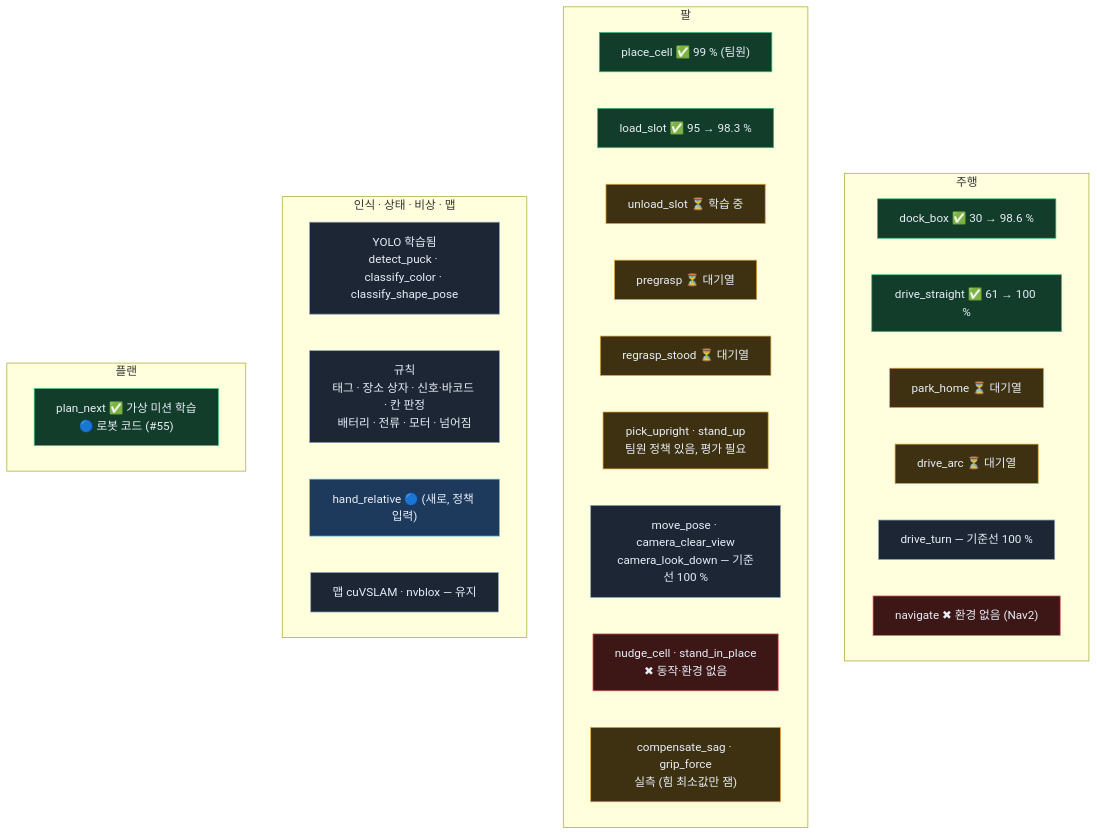
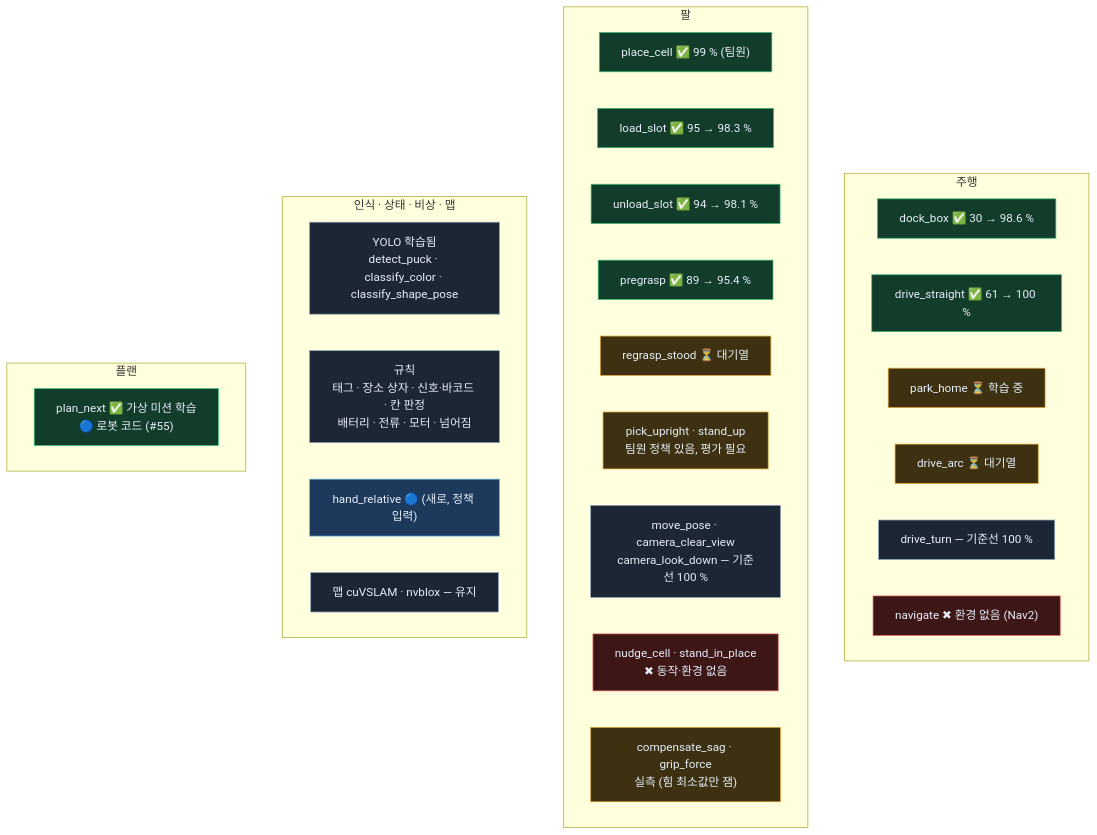
The seventh of 9 diagrams in bee/system-map.md (JuneKunst/JuneKunst.github.io), drawn with Mermaid before and after one commit. The commit also changed other lines of this file and 5 other files, not shown here.

Commit message:
docs: bee 11-03 정리 페이지 · 전체 지도 최신화 (unload·pregrasp 결과 · PR #57 · 처짐 적분 팀원 방식 · stand 이름)

````diff
--- a/bee/system-map.md
+++ b/bee/system-map.md
@@ -280,36 +280,36 @@
 ```mermaid
 flowchart TB
   subgraph g4_DRIVE["주행"]
     g4_d1["dock_box ✅ 30 → 98.6 %"]:::ok
     g4_d2["drive_straight ✅ 61 → 100 %"]:::ok
-    g4_d3["park_home ⏳ 대기열"]:::wip
+    g4_d3["park_home ⏳ 학습 중"]:::wip
     g4_d4["drive_arc ⏳ 대기열"]:::wip
     g4_d5["drive_turn — 기준선 100 %"]:::keep
     g4_d6["navigate ✖ 환경 없음 (Nav2)"]:::no
   end
   subgraph g4_ARM["팔"]
     g4_a1["place_cell ✅ 99 % (팀원)"]:::ok
     g4_a2["load_slot ✅ 95 → 98.3 %"]:::ok
-    g4_a3["unload_slot ⏳ 학습 중"]:::wip
-    g4_a4["pregrasp ⏳ 대기열"]:::wip
+    g4_a3["unload_slot ✅ 94 → 98.1 %"]:::ok
+    g4_a4["pregrasp ✅ 89 → 95.4 %"]:::ok
     g4_a5["regrasp_stood ⏳ 대기열"]:::wip
     g4_a6["pick_upright · stand_up<br/>팀원 정책 있음, 평가 필요"]:::wip
     g4_a7["move_pose · camera_clear_view<br/>camera_look_down — 기준선 100 %"]:::keep
     g4_a8["nudge_cell · stand_in_place<br/>✖ 동작·환경 없음"]:::no
     g4_a9["compensate_sag · grip_force<br/>실측 (힘 최소값만 잼)"]:::wip
   end
   subgraph g4_SENSE["인식 · 상태 · 비상 · 맵"]
     g4_s1["YOLO 학습됨<br/>detect_puck · classify_color · classify_shape_pose"]:::keep
     g4_s2["규칙<br/>태그 · 장소 상자 · 신호·바코드 · 칸 판정<br/>배터리 · 전류 · 모터 · 넘어짐"]:::keep
     g4_s3["hand_relative 🔵 (새로, 정책 입력)"]:::code
     g4_s4["맵 cuVSLAM · nvblox — 유지"]:::keep
   end
   subgraph g4_PLANS["플랜"]
     g4_p1["plan_next ✅ 가상 미션 학습<br/>🔵 로봇 코드 (#55)"]:::ok
   end
   classDef ok fill:#123d2a,stroke:#3fbf7f,color:#e8eef8
   classDef code fill:#1d3a5c,stroke:#67b7e8,color:#e8eef8
   classDef wip fill:#3d3112,stroke:#e2a83a,color:#e8eef8
   classDef no fill:#3d1616,stroke:#e06666,color:#e8eef8
   classDef keep fill:#1c2635,stroke:#8aa0b8,color:#e8eef8
 ```
````
